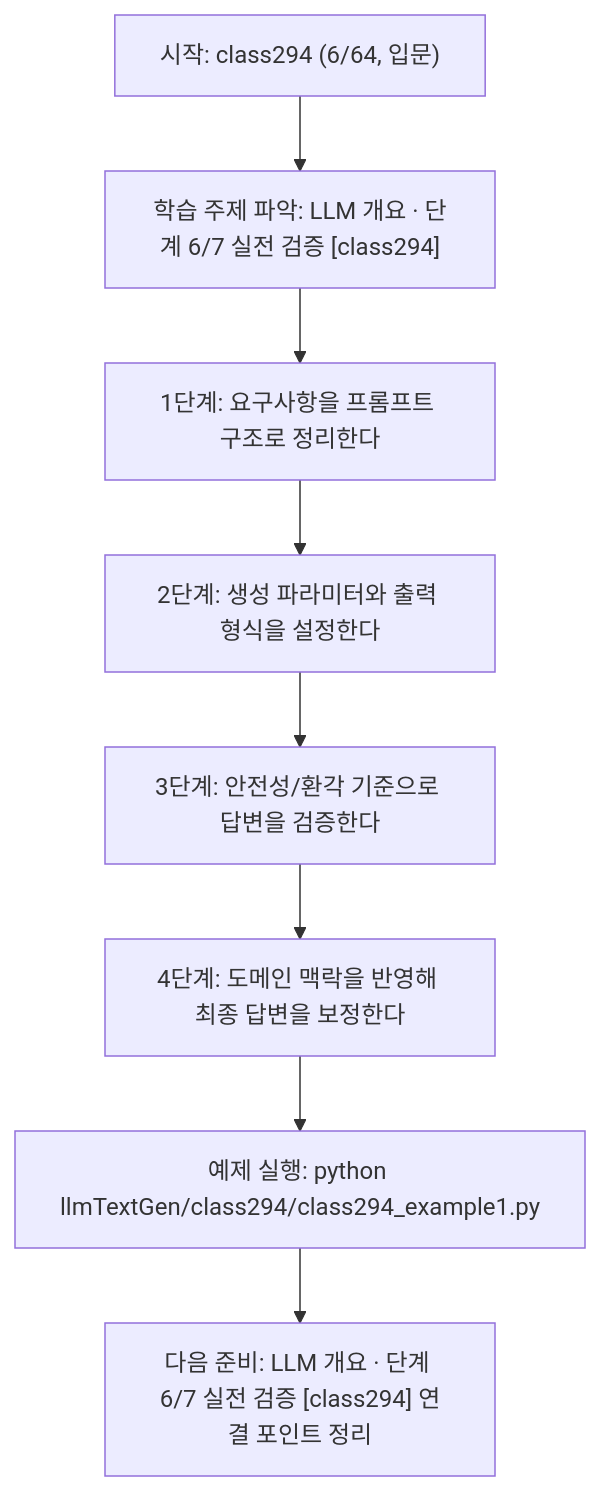
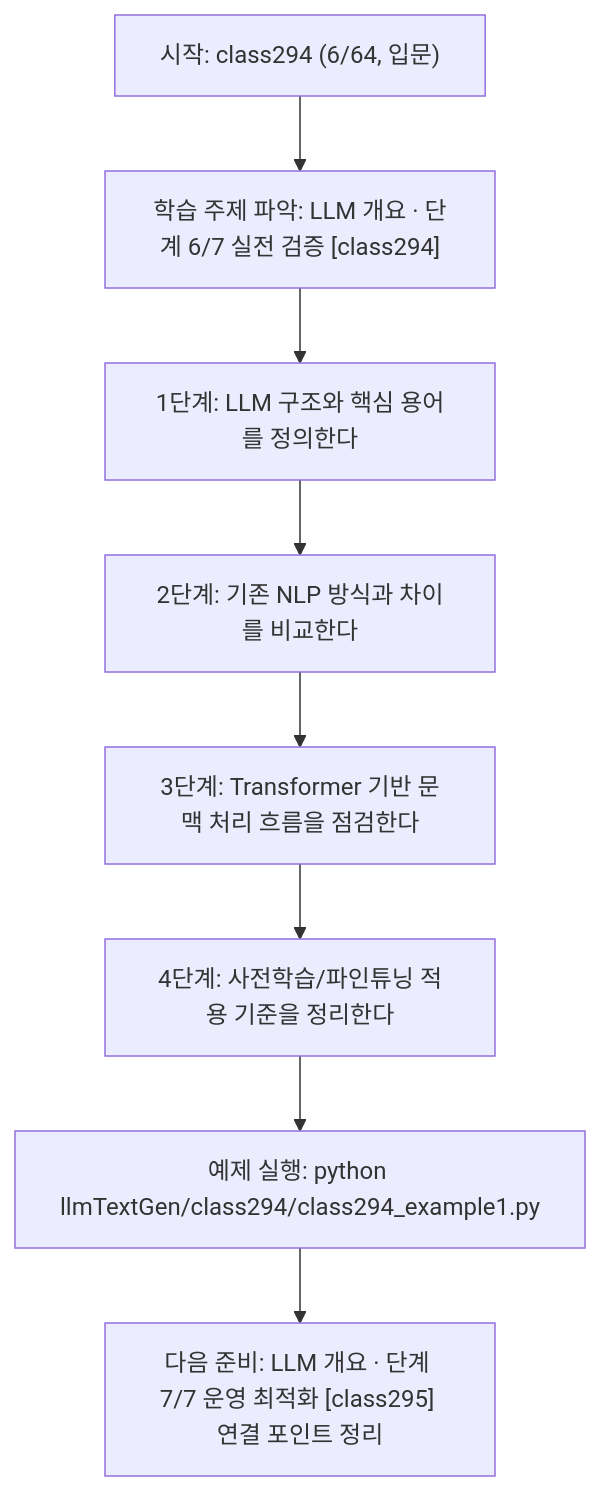
The diagram in llmTextGen/class294/class294.md (edumgt/Python-AI_Agent-Class), drawn with Mermaid before and after one commit. The commit also changed other lines of this file and 451 other files, not shown here.

````diff
--- a/llmTextGen/class294/class294.md
+++ b/llmTextGen/class294/class294.md
@@ -113,18 +95,18 @@
 ```mermaid
 flowchart TD
 N1["시작: class294 (6/64, 입문)"]
 N2["학습 주제 파악: LLM 개요 · 단계 6/7 실전 검증 [class294]"]
-N3["1단계: 요구사항을 프롬프트 구조로 정리한다"]
-N4["2단계: 생성 파라미터와 출력 형식을 설정한다"]
-N5["3단계: 안전성/환각 기준으로 답변을 검증한다"]
-N6["4단계: 도메인 맥락을 반영해 최종 답변을 보정한다"]
+N3["1단계: LLM 구조와 핵심 용어를 정의한다"]
+N4["2단계: 기존 NLP 방식과 차이를 비교한다"]
+N5["3단계: Transformer 기반 문맥 처리 흐름을 점검한다"]
+N6["4단계: 사전학습/파인튜닝 적용 기준을 정리한다"]
 N7["예제 실행: python llmTextGen/class294/class294_example1.py"]
-N8["다음 준비: LLM 개요 · 단계 6/7 실전 검증 [class294] 연결 포인트 정리"]
+N8["다음 준비: LLM 개요 · 단계 7/7 운영 최적화 [class295] 연결 포인트 정리"]
 N1 --> N2
 N2 --> N3
 N3 --> N4
 N4 --> N5
 N5 --> N6
 N6 --> N7
 N7 --> N8
 ```
````
